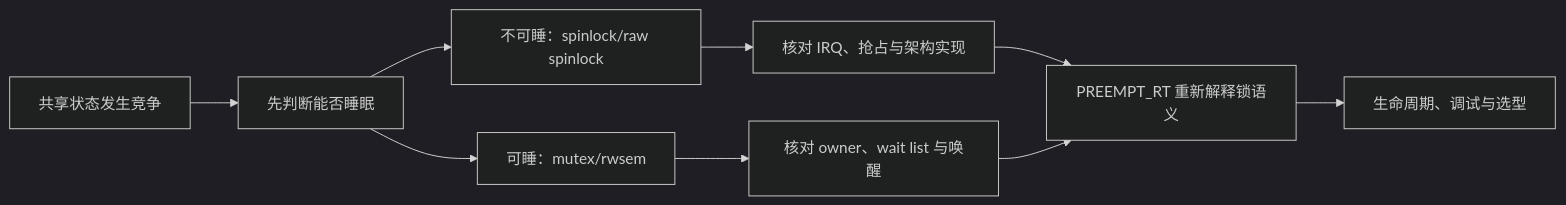
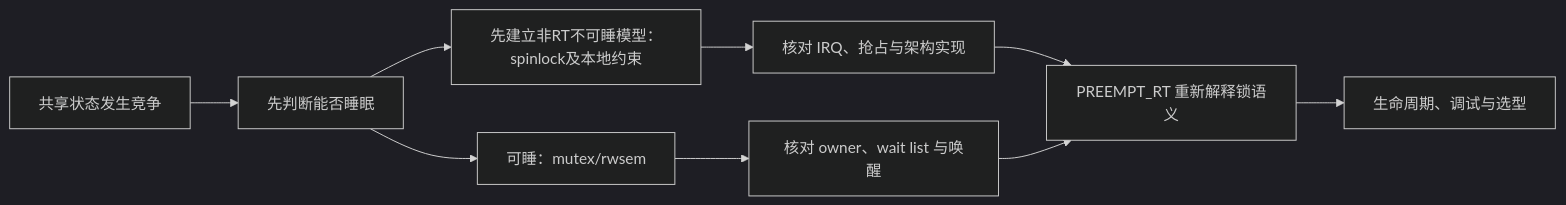
One commit to FormingSystem/linux_note changed the diagram in knowledge/linux/synchronization_and_asynchrony/synchronization/locks/大纲.md. Above: the diagram before and after it, drawn with Mermaid (dark theme). The commit also changed other lines of this file and 5 other files, not shown here.

````diff
--- a/knowledge/linux/synchronization_and_asynchrony/synchronization/locks/大纲.md
+++ b/knowledge/linux/synchronization_and_asynchrony/synchronization/locks/大纲.md
@@ -16,11 +16,11 @@
 ```mermaid
 flowchart LR
     A["共享状态发生竞争"] --> B["先判断能否睡眠"]
-    B --> C["不可睡：spinlock/raw spinlock"]
+    B --> C["先建立非RT不可睡模型：spinlock及本地约束"]
     B --> D["可睡：mutex/rwsem"]
     C --> E["核对 IRQ、抢占与架构实现"]
     D --> F["核对 owner、wait list 与唤醒"]
     E --> G["PREEMPT_RT 重新解释锁语义"]
     F --> G
     G --> H["生命周期、调试与选型"]
 ```
````
